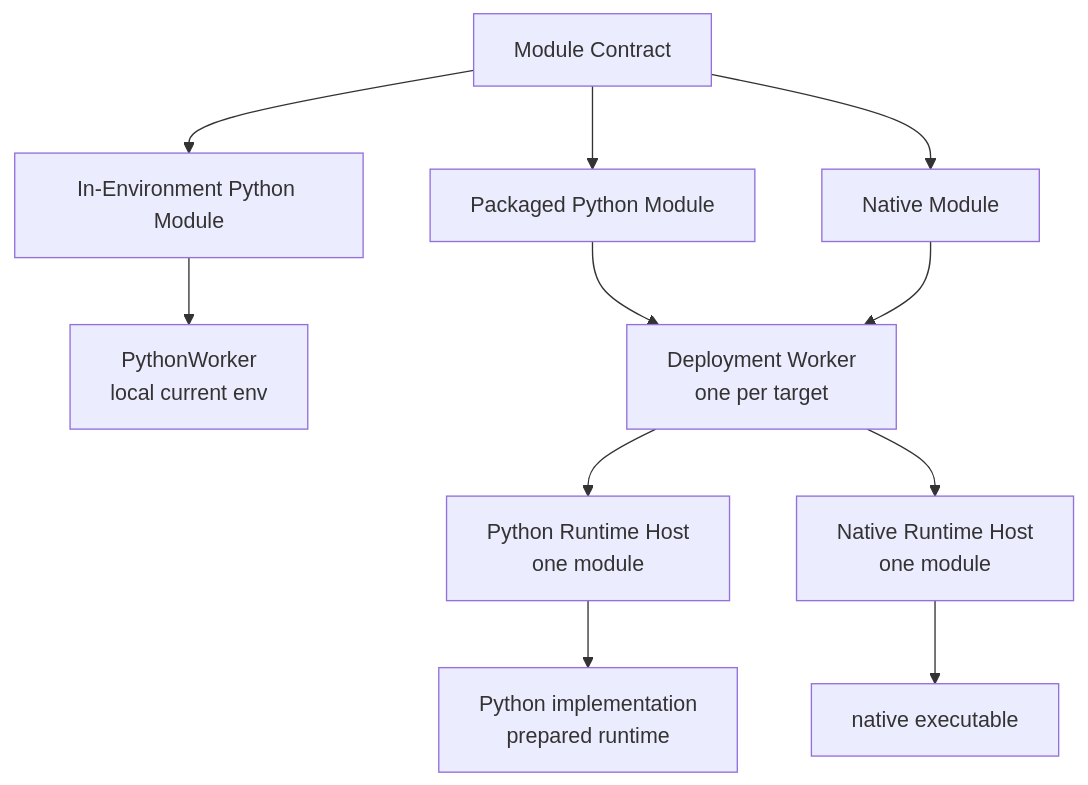
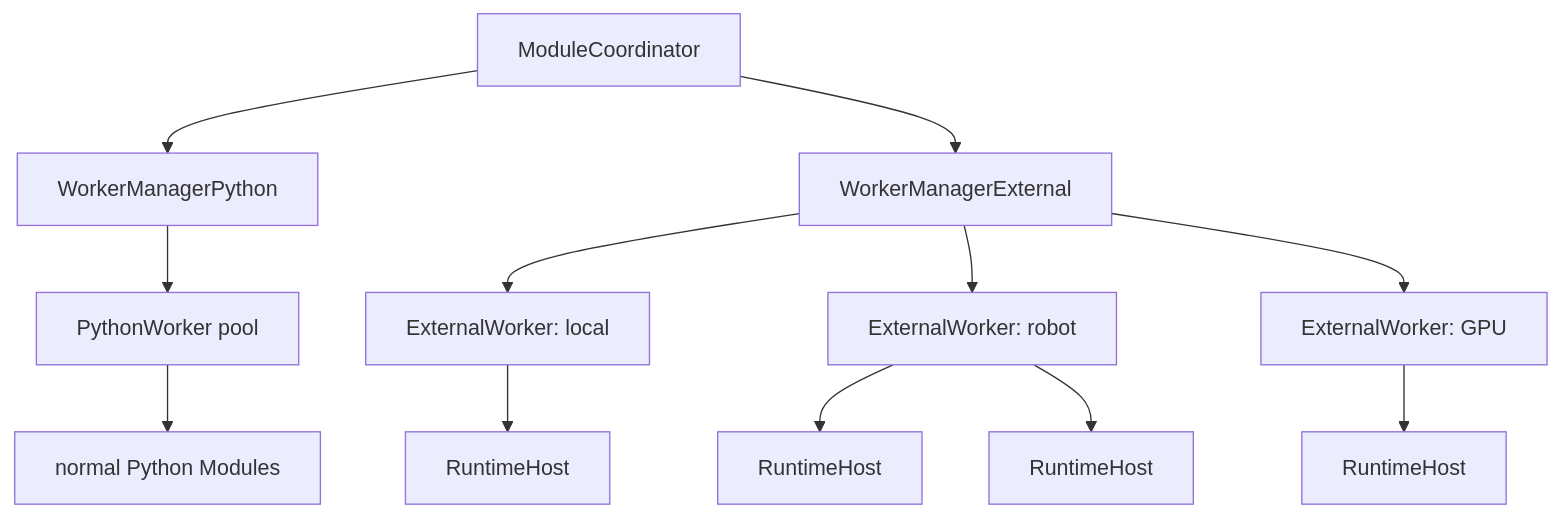
One commit to michaellee8/dimos changed the third of 3 diagrams in docs/usage/module_deployment_proposal.md. Above: the diagram before and after it, drawn with Mermaid. The commit also changed other lines of this file and 1 other file, not shown here.

````diff
--- a/docs/usage/module_deployment_proposal.md
+++ b/docs/usage/module_deployment_proposal.md
@@ -438,19 +531,18 @@
 ```mermaid
 flowchart TD
-    Module[Module Contract]
+    Coordinator[ModuleCoordinator]
+    Coordinator --> PythonManager[WorkerManagerPython]
+    Coordinator --> ExternalManager[WorkerManagerExternal]
 
-    Module --> Normal[In-Environment Python Module]
-    Module --> PackagedPy[Packaged Python Module]
-    Module --> Native[Native Module]
+    PythonManager --> PythonWorker[PythonWorker pool]
+    PythonWorker --> Normal[normal Python Modules]
 
-    Normal --> PythonWorker[PythonWorker\nlocal current env]
+    ExternalManager --> LocalWorker[ExternalWorker: local]
+    ExternalManager --> RobotWorker[ExternalWorker: robot]
+    ExternalManager --> GpuWorker[ExternalWorker: GPU]
 
-    PackagedPy --> DW1[Deployment Worker\none per target]
-    Native --> DW1
-
-    DW1 --> PyHost[Python Runtime Host\none module]
-    DW1 --> NativeHost[Native Runtime Host\none module]
-
-    PyHost --> PyImpl[Python implementation\nprepared runtime]
-    NativeHost --> Bin[native executable]
+    LocalWorker --> HostA[RuntimeHost]
+    RobotWorker --> HostB[RuntimeHost]
+    RobotWorker --> HostC[RuntimeHost]
+    GpuWorker --> HostD[RuntimeHost]
 ```
````
